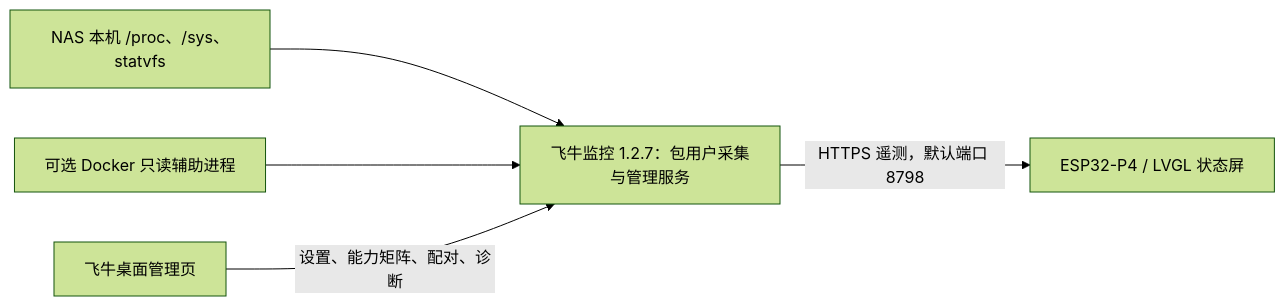
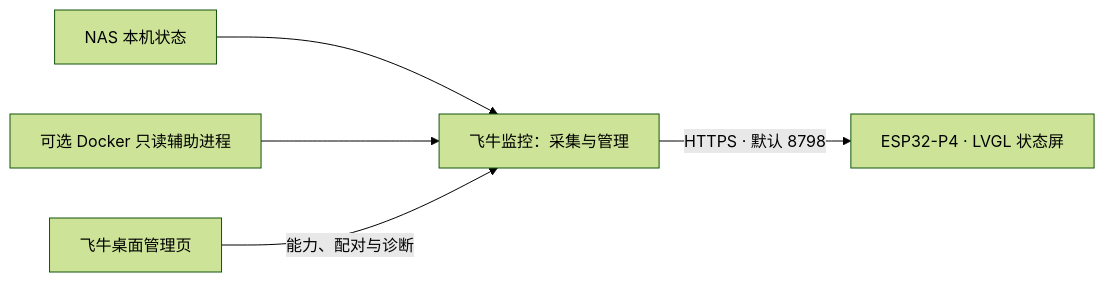
One commit to ashllll/p4-7b-fnos-monitor changed the diagram in README.md. Above: the diagram before and after it, drawn with Mermaid (forest theme). The commit also changed other lines of this file and 18 other files, not shown here.

````diff
--- a/README.md
+++ b/README.md
@@ -47,7 +170,7 @@
 ```mermaid
 flowchart LR
-    A["NAS 本机 /proc、/sys、statvfs"] --> B["飞牛监控 1.2.7：包用户采集与管理服务"]
+    A["NAS 本机状态"] --> B["飞牛监控：采集与管理"]
     D["可选 Docker 只读辅助进程"] --> B
-    B -->|HTTPS 遥测，默认端口 8798| C["ESP32-P4 / LVGL 状态屏"]
-    E["飞牛桌面管理页"] -->|设置、能力矩阵、配对、诊断| B
+    B -->|"HTTPS · 默认 8798"| C["ESP32-P4 · LVGL 状态屏"]
+    E["飞牛桌面管理页"] -->|"能力、配对与诊断"| B
 ```
````
